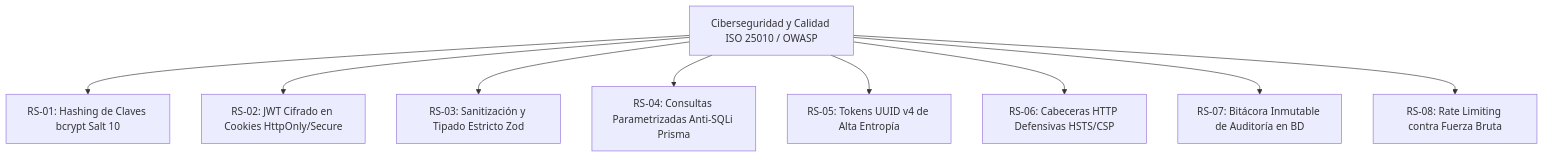
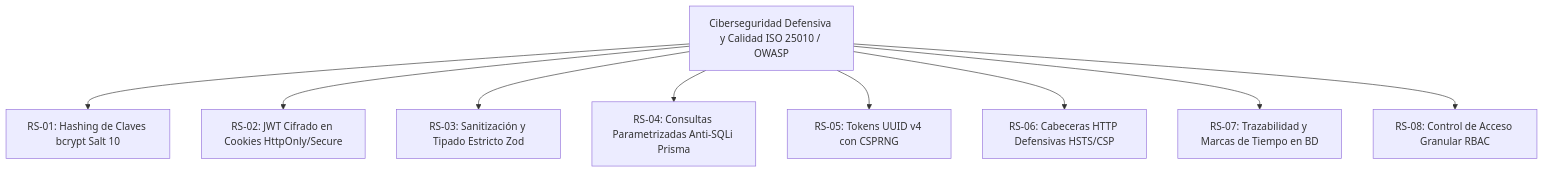
One commit to IMANDOI/sistema-gestion-auditorios-capstone changed the diagram in especificacion_requerimientos.md. Above: the diagram before and after it, drawn with Mermaid. The commit also changed other lines of this file, not shown here.

````diff
--- a/especificacion_requerimientos.md
+++ b/especificacion_requerimientos.md
@@ -133,12 +111,12 @@
 ```mermaid
 graph TD
-    SEC[Ciberseguridad y Calidad ISO 25010 / OWASP]
+    SEC[Ciberseguridad Defensiva y Calidad ISO 25010 / OWASP]
     SEC --> RS01[RS-01: Hashing de Claves bcrypt Salt 10]
     SEC --> RS02[RS-02: JWT Cifrado en Cookies HttpOnly/Secure]
     SEC --> RS03[RS-03: Sanitización y Tipado Estricto Zod]
     SEC --> RS04[RS-04: Consultas Parametrizadas Anti-SQLi Prisma]
-    SEC --> RS05[RS-05: Tokens UUID v4 de Alta Entropía]
+    SEC --> RS05[RS-05: Tokens UUID v4 con CSPRNG]
     SEC --> RS06[RS-06: Cabeceras HTTP Defensivas HSTS/CSP]
-    SEC --> RS07[RS-07: Bitácora Inmutable de Auditoría en BD]
-    SEC --> RS08[RS-08: Rate Limiting contra Fuerza Bruta]
+    SEC --> RS07[RS-07: Trazabilidad y Marcas de Tiempo en BD]
+    SEC --> RS08[RS-08: Control de Acceso Granular RBAC]
 ```
````
